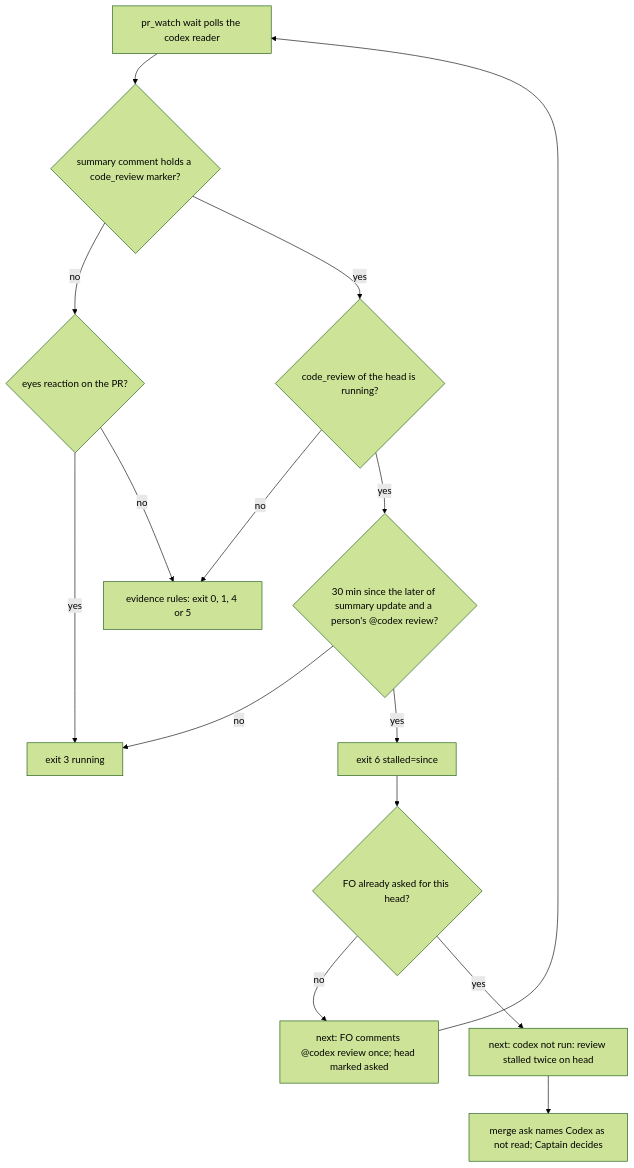
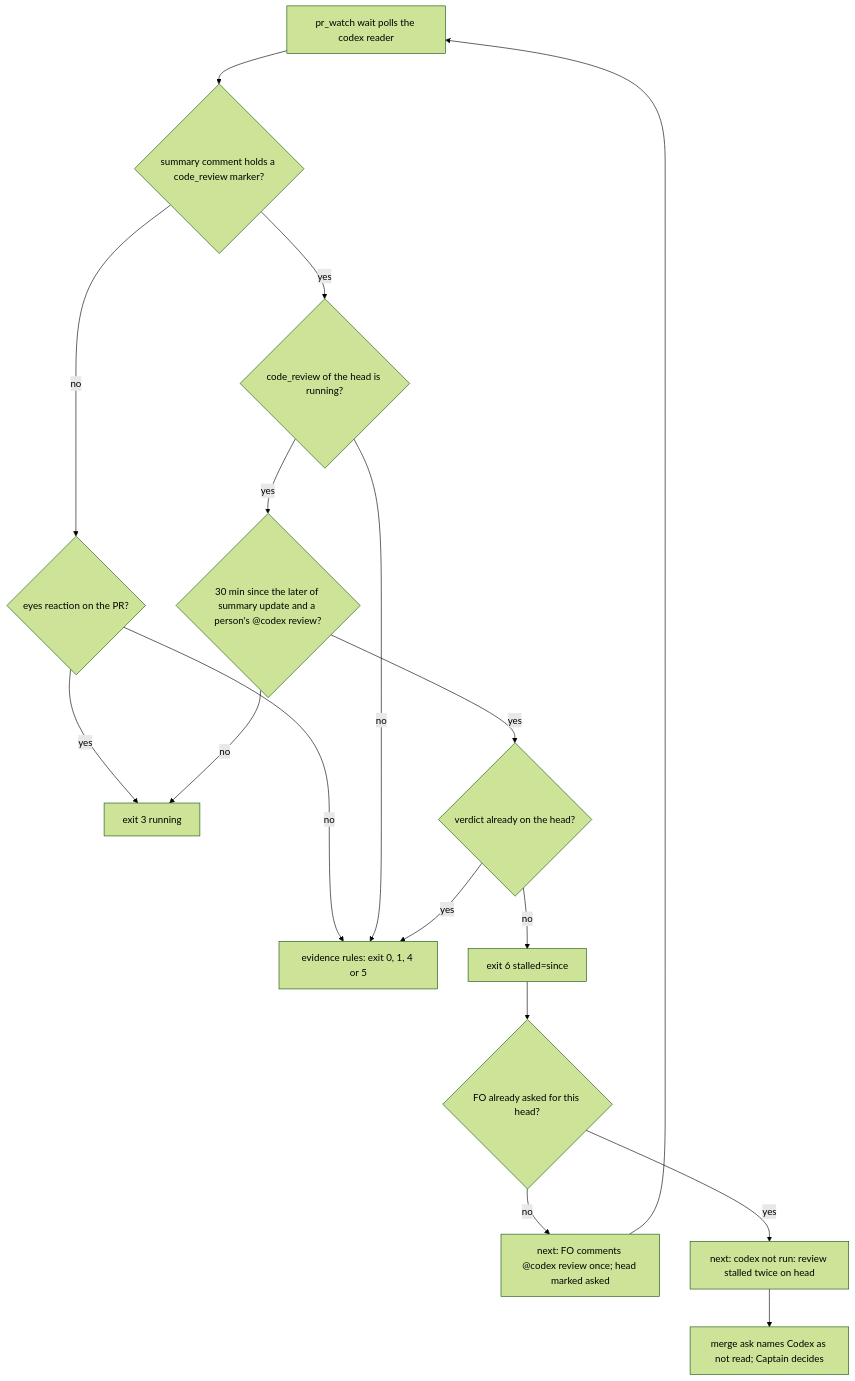
One commit to iamcxa/kc-claude-plugins changed the diagram in codex-review-hang-detected.md. Above: the diagram before and after it, drawn with Mermaid (forest theme). The commit also changed other lines of this file, not shown here.

Commit message:
state: codex-review-hang-detected verdict wins over a stalled re-request; base-test result recorded

````diff
--- a/codex-review-hang-detected.md
+++ b/codex-review-hang-detected.md
@@ -59,17 +59,19 @@
 ```mermaid
 flowchart TD
   A[pr_watch wait polls the codex reader] --> B{summary comment holds a code_review marker?}
   B -- no --> C{eyes reaction on the PR?}
   C -- yes --> R[exit 3 running]
   C -- no --> E[evidence rules: exit 0, 1, 4 or 5]
   B -- yes --> D{code_review of the head is running?}
   D -- no --> E
   D -- yes --> F{30 min since the later of summary update and a person's @codex review?}
   F -- no --> R
-  F -- yes --> S[exit 6 stalled=since]
+  F -- yes --> V{verdict already on the head?}
+  V -- yes --> E
+  V -- no --> S[exit 6 stalled=since]
   S --> G{FO already asked for this head?}
   G -- no --> H[next: FO comments @codex review once; head marked asked]
   H --> A
   G -- yes --> I[next: codex not run: review stalled twice on head]
   I --> J[merge ask names Codex as not read; Captain decides]
 ```
````
